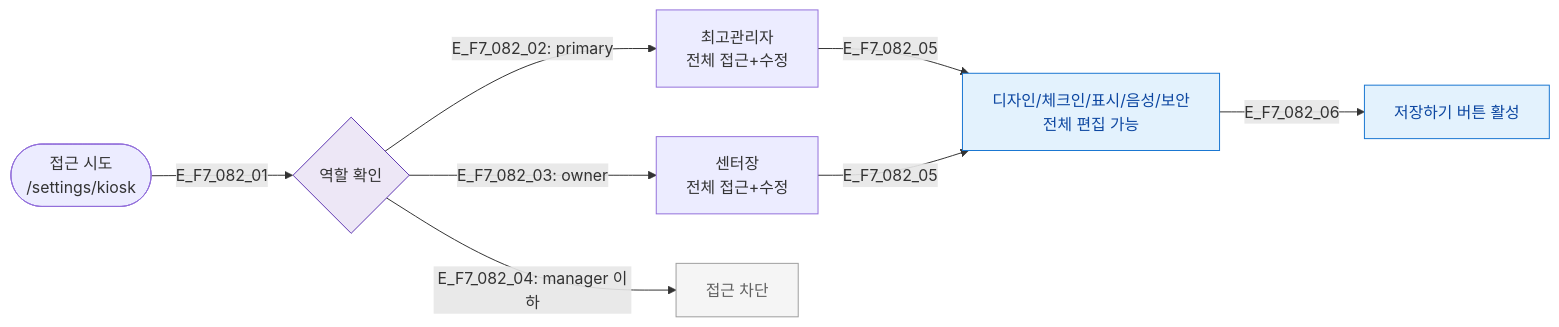
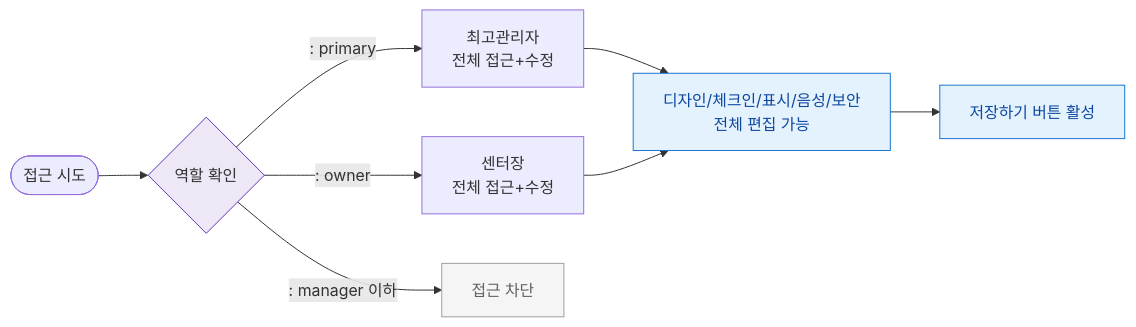
The diagram in docs/다이어그램/D09_설정관리/SCR-082_키오스크설정/F7_권한RBAC.md (dev-spogym/admin-pando), drawn with Mermaid before and after one commit. The commit also changed other lines of this file and 1660 other files, not shown here.

First line of the commit message:
다이어그램: 기획자/클라이언트 납품본으로 정리

````diff
--- a/docs/다이어그램/D09_설정관리/SCR-082_키오스크설정/F7_권한RBAC.md
+++ b/docs/다이어그램/D09_설정관리/SCR-082_키오스크설정/F7_권한RBAC.md
@@ -14,19 +12,19 @@
 ```mermaid
 flowchart LR
-    User([접근 시도\n/settings/kiosk])
-    User -->|E_F7_082_01| RoleCheck{역할 확인}
+    User([접근 시도\n])
+    User --> RoleCheck{역할 확인}
 
-    RoleCheck -->|"E_F7_082_02: primary"| P[최고관리자\n전체 접근+수정]
-    RoleCheck -->|"E_F7_082_03: owner"| O[센터장\n전체 접근+수정]
-    RoleCheck -->|"E_F7_082_04: manager 이하"| Blocked[접근 차단]
+    RoleCheck -->|": primary"|P[최고관리자\n전체 접근+수정]
+    RoleCheck -->|": owner"|O[센터장\n전체 접근+수정]
+    RoleCheck -->|": manager 이하"|Blocked[접근 차단]
 
-    P & O -->|E_F7_082_05| AllSections[디자인/체크인/표시/음성/보안\n전체 편집 가능]
-    AllSections -->|E_F7_082_06| SaveBtn[저장하기 버튼 활성]
+    P & O --> AllSections[디자인/체크인/표시/음성/보안\n전체 편집 가능]
+    AllSections --> SaveBtn[저장하기 버튼 활성]
 
     classDef screen fill:#E3F2FD,stroke:#1976D2,color:#0D47A1
     classDef rbacBlocked fill:#F5F5F5,stroke:#9E9E9E,color:#616161
     classDef system fill:#EDE7F6,stroke:#5E35B2
     class AllSections,SaveBtn screen
     class Blocked rbacBlocked
     class RoleCheck system
 ```
````
